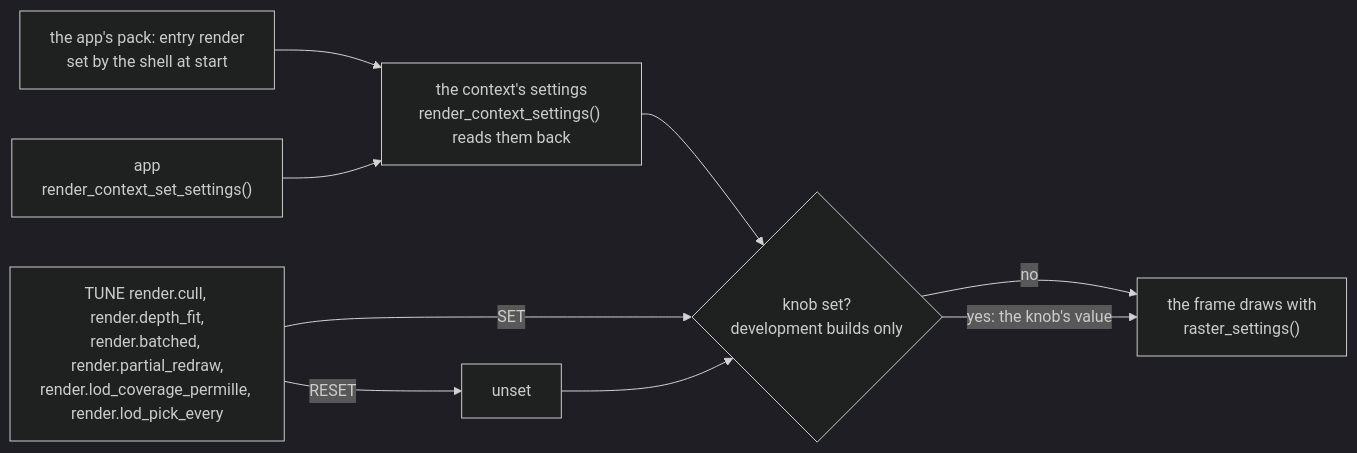
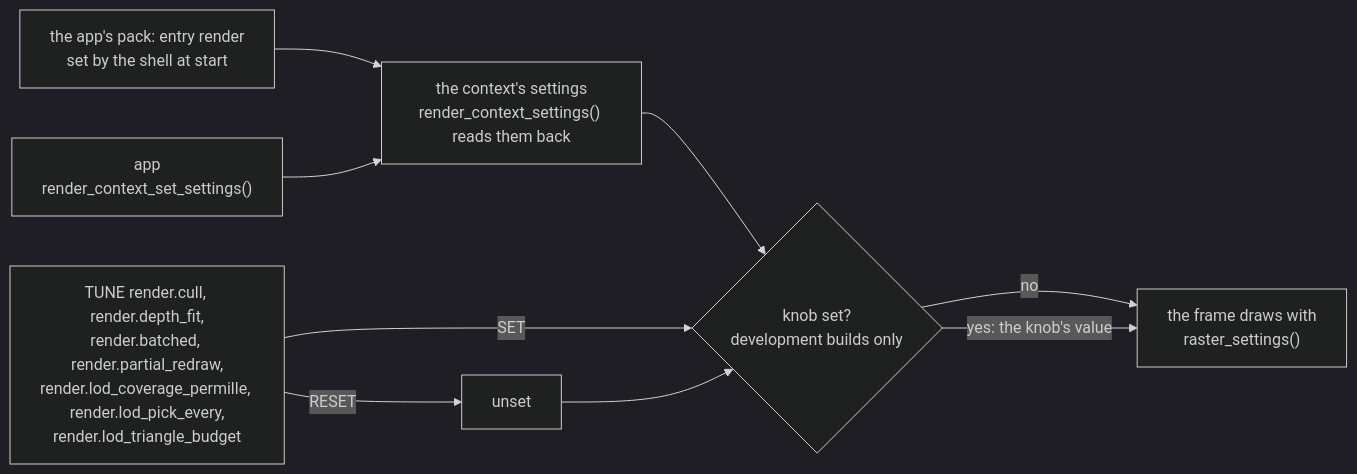
One commit to jose-villegas/autana changed the first of 4 diagrams in docs/render/Render-Settings.md. Above: the diagram before and after it, drawn with Mermaid (dark theme). The commit also changed 2 other files, not shown here.

Commit message:
docs: the triangle budget in the LOD plan, LLOD v2's saves, the budget knob

````diff
--- a/docs/render/Render-Settings.md
+++ b/docs/render/Render-Settings.md
@@ -14,11 +14,11 @@
 ```mermaid
 flowchart LR
     Asset["the app's pack: entry render<br/>set by the shell at start"] --> Settings
     App["app<br/>render_context_set_settings()"] --> Settings["the context's settings<br/>render_context_settings() reads them back"]
     Settings --> Pick{"knob set?<br/>development builds only"}
-    Knob["TUNE render.cull, render.depth_fit,<br/>render.batched, render.partial_redraw,<br/>render.lod_coverage_permille, render.lod_pick_every"] -->|SET| Pick
+    Knob["TUNE render.cull, render.depth_fit,<br/>render.batched, render.partial_redraw,<br/>render.lod_coverage_permille, render.lod_pick_every,<br/>render.lod_triangle_budget"] -->|SET| Pick
     Knob -->|RESET| Unset["unset"]
     Unset --> Pick
     Pick -->|"no"| Frame["the frame draws with<br/>raster_settings()"]
     Pick -->|"yes: the knob's value"| Frame
 ```
````
